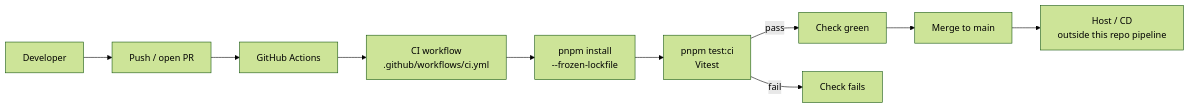
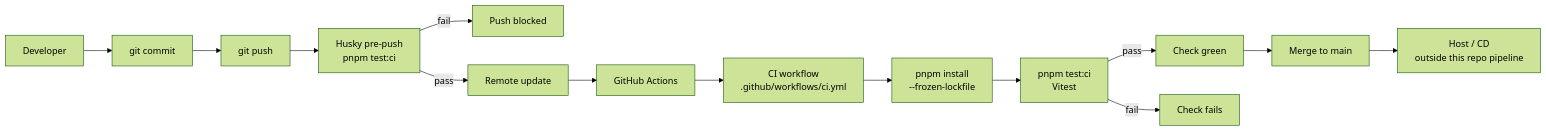
Before and after one commit to joan-gerard/my-hire-view: the diagram in docs/CI_CD.md, drawn with Mermaid (forest theme). The commit also changed other lines of this file and 5 other files, not shown here.

Commit message:
chore: run pnpm test:ci on pre-push via Husky (A1-002)

````diff
--- a/docs/CI_CD.md
+++ b/docs/CI_CD.md
@@ -26,12 +27,16 @@
 ```mermaid
 flowchart LR
-  Dev[Developer] --> Push[Push / open PR]
-  Push --> GHA[GitHub Actions]
+  Dev[Developer] --> Commit[git commit]
+  Commit --> PushCmd[git push]
+  PushCmd --> PrePush[Husky pre-push<br/>pnpm test:ci]
+  PrePush -->|fail| Stop[Push blocked]
+  PrePush -->|pass| Remote[Remote update]
+  Remote --> GHA[GitHub Actions]
   GHA --> CI[CI workflow<br/>.github/workflows/ci.yml]
   CI --> Install[pnpm install<br/>--frozen-lockfile]
   Install --> Test[pnpm test:ci<br/>Vitest]
   Test -->|pass| Green[Check green]
   Test -->|fail| Red[Check fails]
   Green --> Merge[Merge to main]
   Merge --> Host[Host / CD<br/>outside this repo pipeline]
 ```
````
